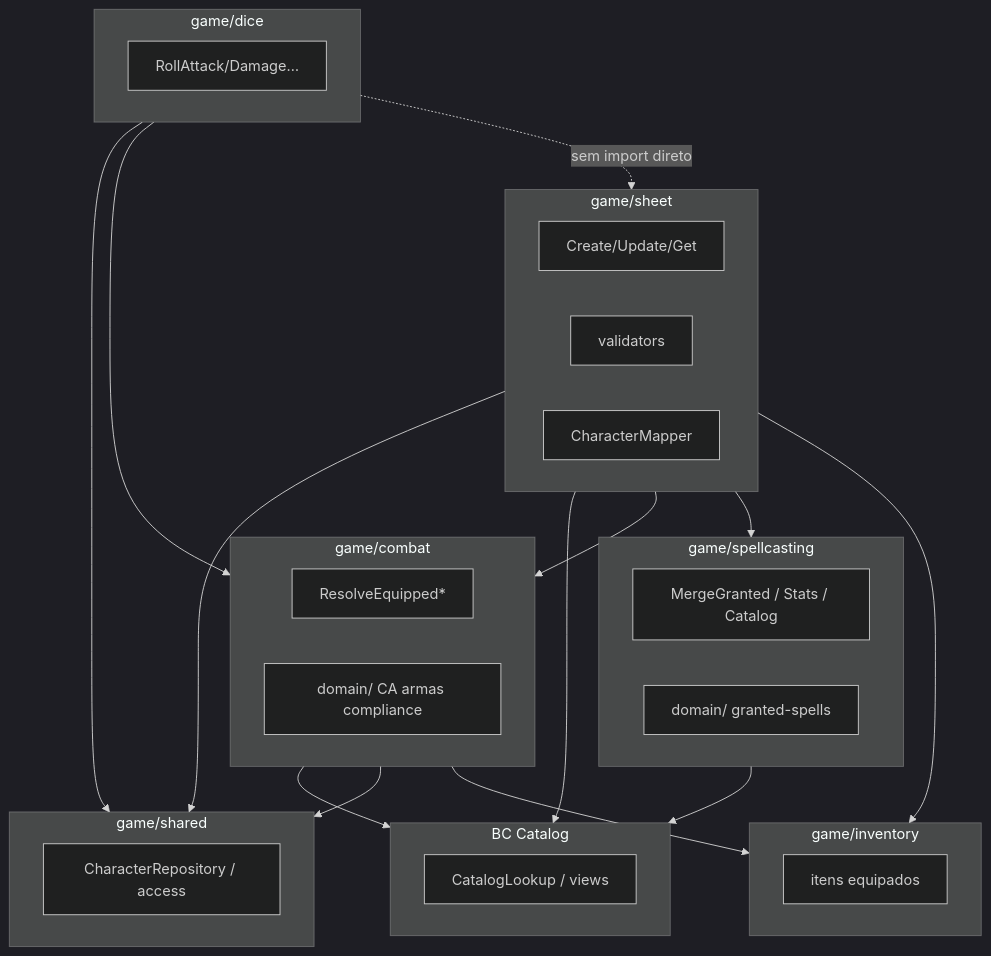
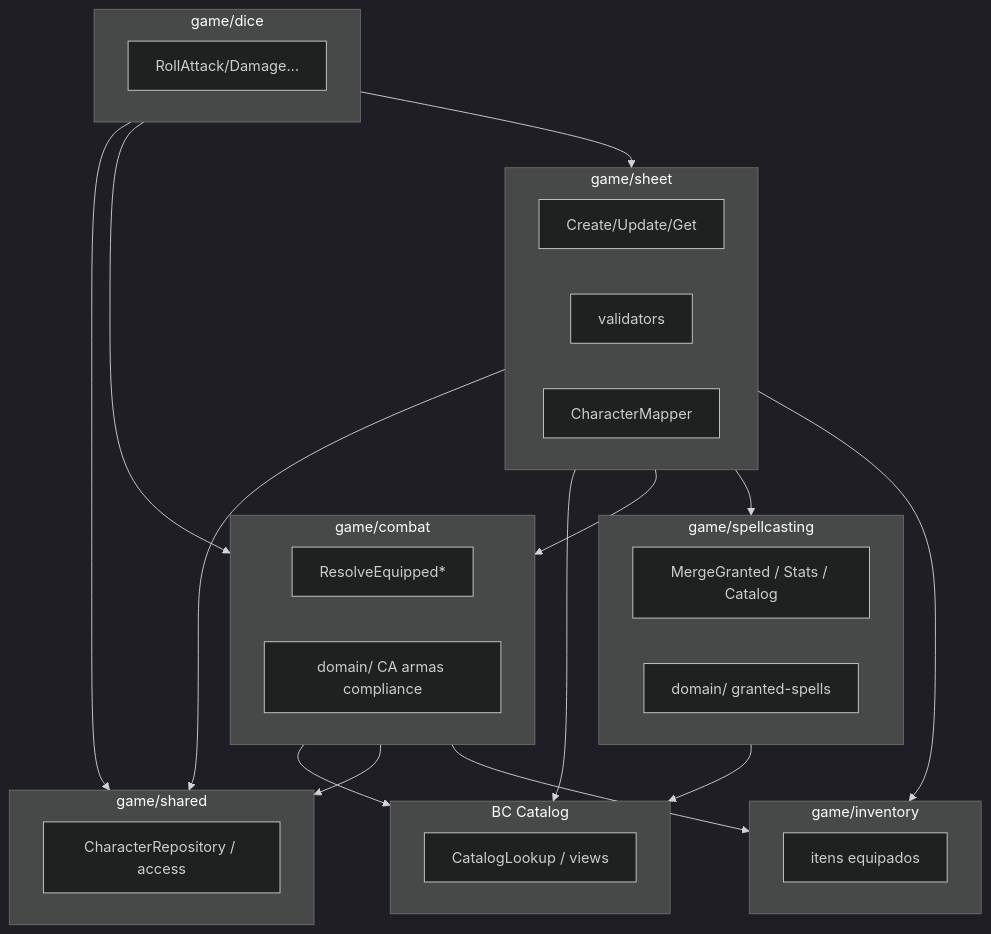
The diagram in docs/plans/sheet-submodules-plan.md (Lucas-PB1/dnd-back), drawn with Mermaid (dark theme) before and after one commit. The commit also changed other lines of this file and 28 other files, not shown here.

````diff
--- a/docs/plans/sheet-submodules-plan.md
+++ b/docs/plans/sheet-submodules-plan.md
@@ -92,47 +92,47 @@
 ```mermaid
 flowchart TB
   subgraph catalog [BC Catalog]
     CL[CatalogLookup / views]
   end
 
   subgraph shared [game/shared]
     SR[CharacterRepository / access]
   end
 
   subgraph combat [game/combat]
     UC1[ResolveEquipped*]
     DomC[domain/ CA armas compliance]
   end
 
   subgraph spell [game/spellcasting]
     UC2[MergeGranted / Stats / Catalog]
     DomS[domain/ granted-spells]
   end
 
   subgraph sheet [game/sheet]
     CRUD[Create/Update/Get]
     Val[validators]
     Map[CharacterMapper]
   end
 
   subgraph dice [game/dice]
     Rolls[RollAttack/Damage…]
   end
 
   subgraph inv [game/inventory]
     Items[itens equipados]
   end
 
   combat --> catalog
   combat --> shared
   combat --> inv
   spell --> catalog
   sheet --> shared
   sheet --> catalog
   sheet --> combat
   sheet --> spell
   sheet --> inv
   dice --> shared
   dice --> combat
-  dice -.->|sem import direto| sheet
+  dice --> sheet
 ```
````
